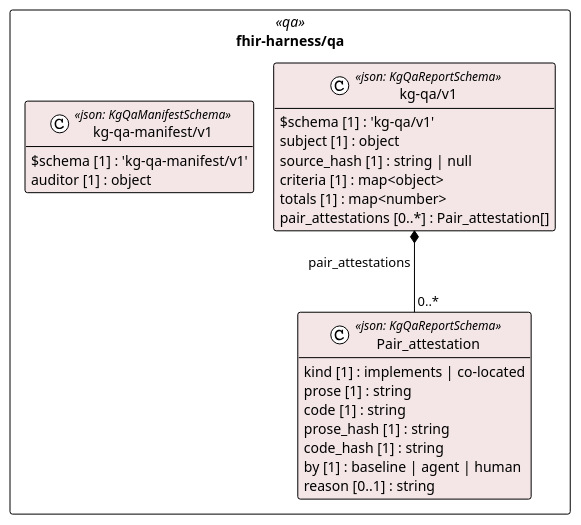
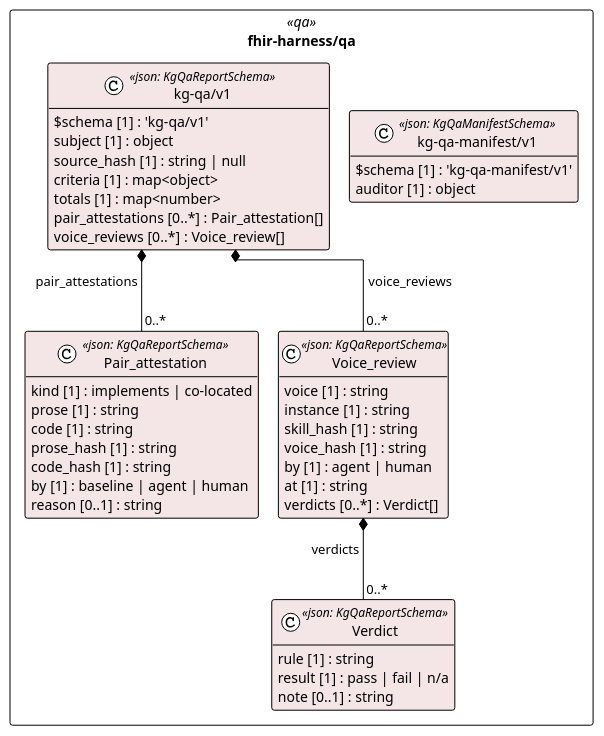
The diagram in cat-harness/uml/overview/fhir-harness/qa.puml (litlfred/folio-assistant), drawn with PlantUML before and after one commit. The commit also changed 573 other files, not shown here.

First line of the commit message:
rkqp: agentic review axis for skills against the skill voices

```diff
--- a/cat-harness/uml/overview/fhir-harness/qa.puml
+++ b/cat-harness/uml/overview/fhir-harness/qa.puml
@@ -3,34 +3,51 @@
 @startuml fhir_harness_qa
 !pragma layout elk
 !theme plain
 skinparam classAttributeIconSize 0
 skinparam shadowing false
 skinparam packageStyle rectangle
 hide empty methods
 
 package "fhir-harness/qa" as pkg_fhir_harness_qa <<qa>> {
   class "Pair_attestation" as fhir_harness_qa_kg_qa_v1_Pair_attestation <<json: KgQaReportSchema>> #f4e6e6 {
     kind [1] : implements | co-located
     prose [1] : string
     code [1] : string
     prose_hash [1] : string
     code_hash [1] : string
     by [1] : baseline | agent | human
     reason [0..1] : string
   }
+  class "Verdict" as fhir_harness_qa_kg_qa_v1_Verdict <<json: KgQaReportSchema>> #f4e6e6 {
+    rule [1] : string
+    result [1] : pass | fail | n/a
+    note [0..1] : string
+  }
+  class "Voice_review" as fhir_harness_qa_kg_qa_v1_Voice_review <<json: KgQaReportSchema>> #f4e6e6 {
+    voice [1] : string
+    instance [1] : string
+    skill_hash [1] : string
+    voice_hash [1] : string
+    by [1] : agent | human
+    at [1] : string
+    verdicts [0..*] : Verdict[]
+  }
   class "kg-qa/v1" as fhir_harness_qa_kg_qa_v1_kg_qa_v1 <<json: KgQaReportSchema>> #f4e6e6 {
     $schema [1] : 'kg-qa/v1'
     subject [1] : object
     source_hash [1] : string | null
     criteria [1] : map<object>
     totals [1] : map<number>
     pair_attestations [0..*] : Pair_attestation[]
+    voice_reviews [0..*] : Voice_review[]
   }
   class "kg-qa-manifest/v1" as fhir_harness_qa_kg_qa_manifest_v1_kg_qa_manifest_v1 <<json: KgQaManifestSchema>> #f4e6e6 {
     $schema [1] : 'kg-qa-manifest/v1'
     auditor [1] : object
   }
 }
 
 fhir_harness_qa_kg_qa_v1_kg_qa_v1 *-- "0..*" fhir_harness_qa_kg_qa_v1_Pair_attestation : pair_attestations
+fhir_harness_qa_kg_qa_v1_Voice_review *-- "0..*" fhir_harness_qa_kg_qa_v1_Verdict : verdicts
+fhir_harness_qa_kg_qa_v1_kg_qa_v1 *-- "0..*" fhir_harness_qa_kg_qa_v1_Voice_review : voice_reviews
 @enduml
```
